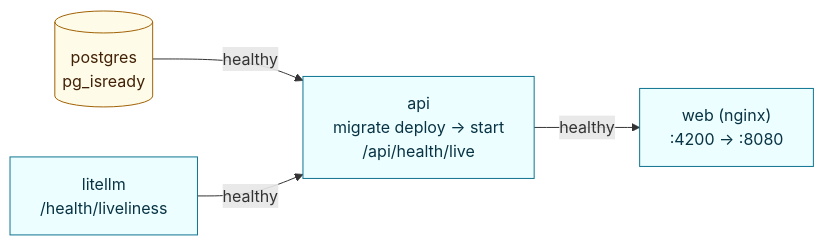
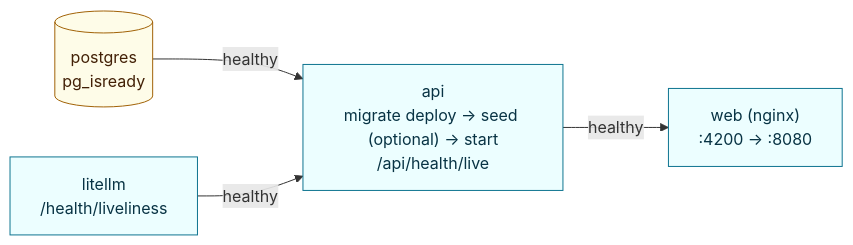
One commit to Ahmed-Maher77/PromptLab__prompt-workspace-and-llm-gateway changed the seventh of 8 diagrams in README.md. Above: the diagram before and after it, drawn with Mermaid. The commit also changed other lines of this file and 10 other files, not shown here.

Commit message:
refactor(api): move demo data from startup into an idempotent seed script

````diff
--- a/README.md
+++ b/README.md
@@ -452,11 +452,11 @@
 ```mermaid
 flowchart LR
     pg[("postgres<br/>pg_isready")] -->|healthy| api
     litellm["litellm<br/>/health/liveliness"] -->|healthy| api
-    api["api<br/>migrate deploy → start<br/>/api/health/live"] -->|healthy| web["web (nginx)<br/>:4200 → :8080"]
+    api["api<br/>migrate deploy → seed (optional) → start<br/>/api/health/live"] -->|healthy| web["web (nginx)<br/>:4200 → :8080"]
 
     classDef svc fill:#ecfeff,stroke:#0e7490,color:#083344
     classDef store fill:#fefce8,stroke:#a16207,color:#422006
     class api,web,litellm svc
     class pg store
 ```
````
